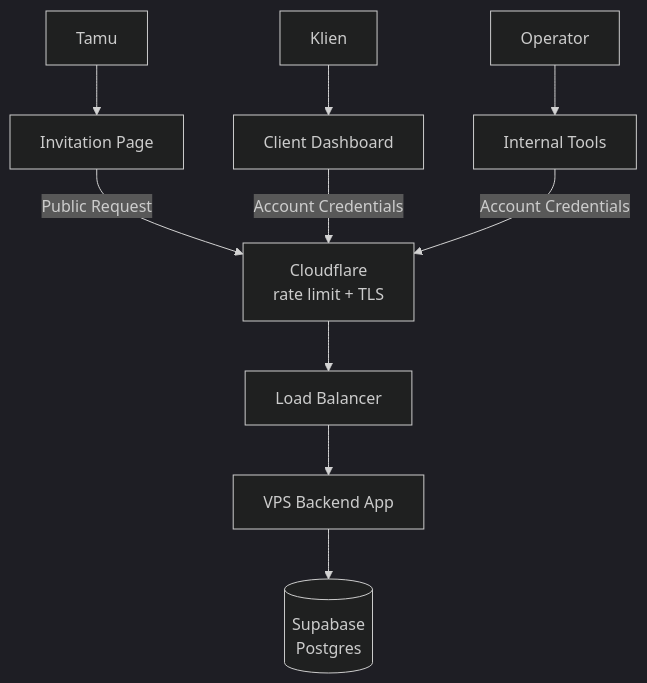
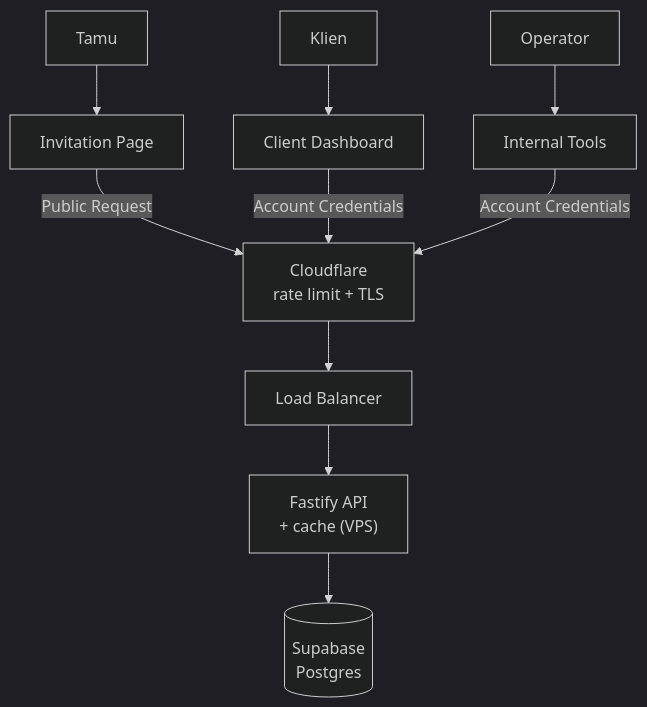
The second of 2 diagrams in content/posts/invitato-backend-dari-google-sheet-ke-postgres.mdx (idindrakusuma/idindrakusuma.github.io), drawn with Mermaid (dark theme) before and after one commit. The commit also changed other lines of this file and 2 other files, not shown here.

First line of the commit message:
Invitato post: new title, why Sheets was slow, Fastify + cache, batch update

````diff
--- a/content/posts/invitato-backend-dari-google-sheet-ke-postgres.mdx
+++ b/content/posts/invitato-backend-dari-google-sheet-ke-postgres.mdx
@@ -51,12 +60,12 @@
 ```mermaid
 flowchart TB
   Tamu --> Undangan[Invitation Page]
   Klien --> Dashboard[Client Dashboard]
   Operator --> Intools[Internal Tools]
   Undangan -- "Public Request" --> CF["Cloudflare<br/>rate limit + TLS"]
   Dashboard -- "Account Credentials" --> CF
   Intools -- "Account Credentials" --> CF
   CF --> LB[Load Balancer]
-  LB --> API[VPS Backend App]
+  LB --> API["Fastify API<br/>+ cache (VPS)"]
   API --> DB[("Supabase<br/>Postgres")]
 ```
````
